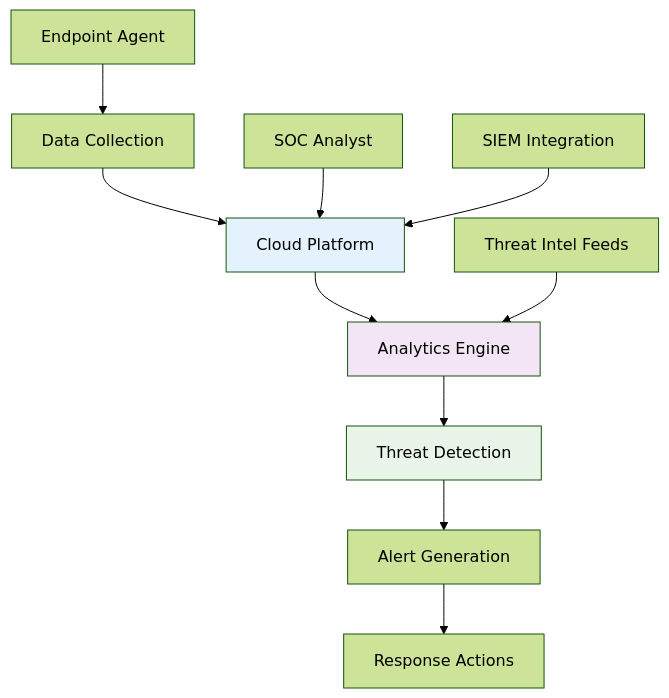
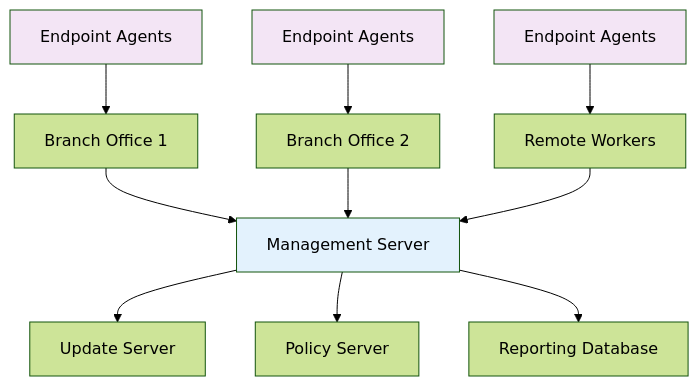
Before and after one commit to milavdabgar/studio: the fourth of 4 diagrams in content/resources/study-materials/32-ict/sem-5/4353204-cyber-security/slidev/13-virus-protection-mechanisms.md, drawn with Mermaid (forest theme). The commit also changed other lines of this file and 18 other files, not shown here.

````diff
--- a/content/resources/study-materials/32-ict/sem-5/4353204-cyber-security/slidev/13-virus-protection-mechanisms.md
+++ b/content/resources/study-materials/32-ict/sem-5/4353204-cyber-security/slidev/13-virus-protection-mechanisms.md
@@ -588,17 +821,19 @@
 ```mermaid
 graph TB
-    A[Endpoint Agent] --> B[Data Collection]
-    B --> C[Cloud Platform]
-    C --> D[Analytics Engine]
-    D --> E[Threat Detection]
-    E --> F[Alert Generation]
-    F --> G[Response Actions]
+    A[Management Server] --> B[Update Server]
+    A --> C[Policy Server]
+    A --> D[Reporting Database]
     
-    H[SOC Analyst] --> C
-    I[SIEM Integration] --> C
-    J[Threat Intel Feeds] --> D
+    E[Branch Office 1] --> A
+    F[Branch Office 2] --> A
+    G[Remote Workers] --> A
     
-    style C fill:#e3f2fd
-    style D fill:#f3e5f5
-    style E fill:#e8f5e8
+    H[Endpoint Agents] --> E
+    I[Endpoint Agents] --> F
+    J[Endpoint Agents] --> G
+    
+    style A fill:#e3f2fd
+    style H fill:#f3e5f5
+    style I fill:#f3e5f5
+    style J fill:#f3e5f5
 ```
````
